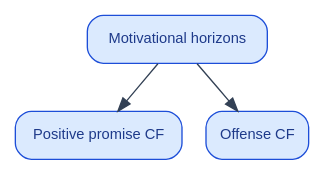
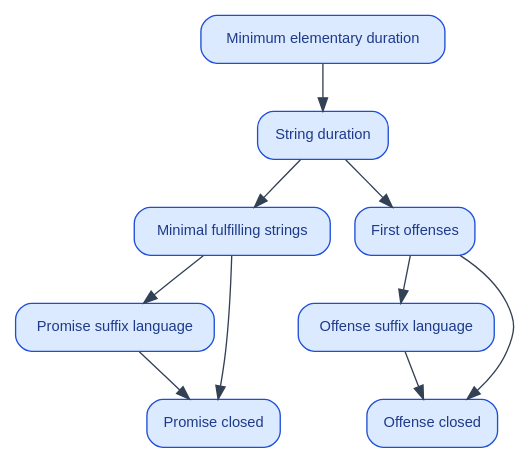
One commit to catskillsresearch/nowakowska1982 changed the diagram in Actions/Promise/Promise.dot. Above: the diagram before and after it, drawn with Graphviz. The commit also changed 105 other files, not shown here.

```diff
--- a/Actions/Promise/Promise.dot
+++ b/Actions/Promise/Promise.dot
@@ -1,14 +1,26 @@
 digraph Promise {
   rankdir=TB;
   node [shape=box, style="rounded,filled", fillcolor="#dbeafe",
         color="#1d4ed8", fontname="Helvetica", fontsize=11, fontcolor="#1e3a8a"];
   edge [color="#334155"];
 
   // Labels = subsection titles. Edge A -> B means B imports A.
-  Horizons [label="Motivational horizons"];
-  PositiveCF [label="Positive promise CF"];
-  OffenseCF [label="Offense CF"];
+  minφ [label="Minimum elementary duration"];
+  stringDuration [label="String duration"];
+  HatT [label="Minimal fulfilling strings"];
+  HatU [label="First offenses"];
+  promiseSuffixLang [label="Promise suffix language"];
+  offenseSuffixLang [label="Offense suffix language"];
+  PromiseClosed [label="Promise closed"];
+  OffenseClosed [label="Offense closed"];
 
-  Horizons -> PositiveCF;
-  Horizons -> OffenseCF;
+  minφ -> stringDuration;
+  stringDuration -> HatT;
+  stringDuration -> HatU;
+  HatT -> promiseSuffixLang;
+  HatU -> offenseSuffixLang;
+  HatT -> PromiseClosed;
+  promiseSuffixLang -> PromiseClosed;
+  HatU -> OffenseClosed;
+  offenseSuffixLang -> OffenseClosed;
 }
```
